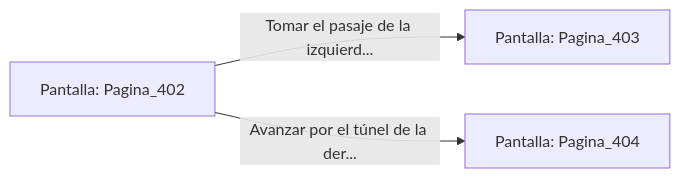
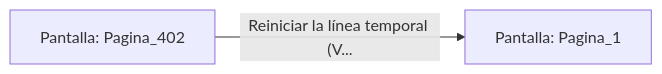
Before and after one commit to metsuke/mpl: the diagram in sample/eligejuego-vault/Pantalla_Pagina_402.md, drawn with Mermaid. The commit also changed other lines of this file and 635 other files, not shown here.

First line of the commit message:
fix: añadir Pagina_1 como pantalla inicial en capitulo_01.mpl

````diff
--- a/sample/eligejuego-vault/Pantalla_Pagina_402.md
+++ b/sample/eligejuego-vault/Pantalla_Pagina_402.md
@@ -20,6 +17,5 @@
 ```mermaid
 graph LR
     P_Pagina_402["Pantalla: Pagina_402"]
-    P_Pagina_402 -->|"Tomar el pasaje de la izquierd..."| P_Pagina_403["Pantalla: Pagina_403"]
-    P_Pagina_402 -->|"Avanzar por el túnel de la der..."| P_Pagina_404["Pantalla: Pagina_404"]
+    P_Pagina_402 -->|"Reiniciar la línea temporal (V..."| P_Pagina_1["Pantalla: Pagina_1"]
 ```
````
